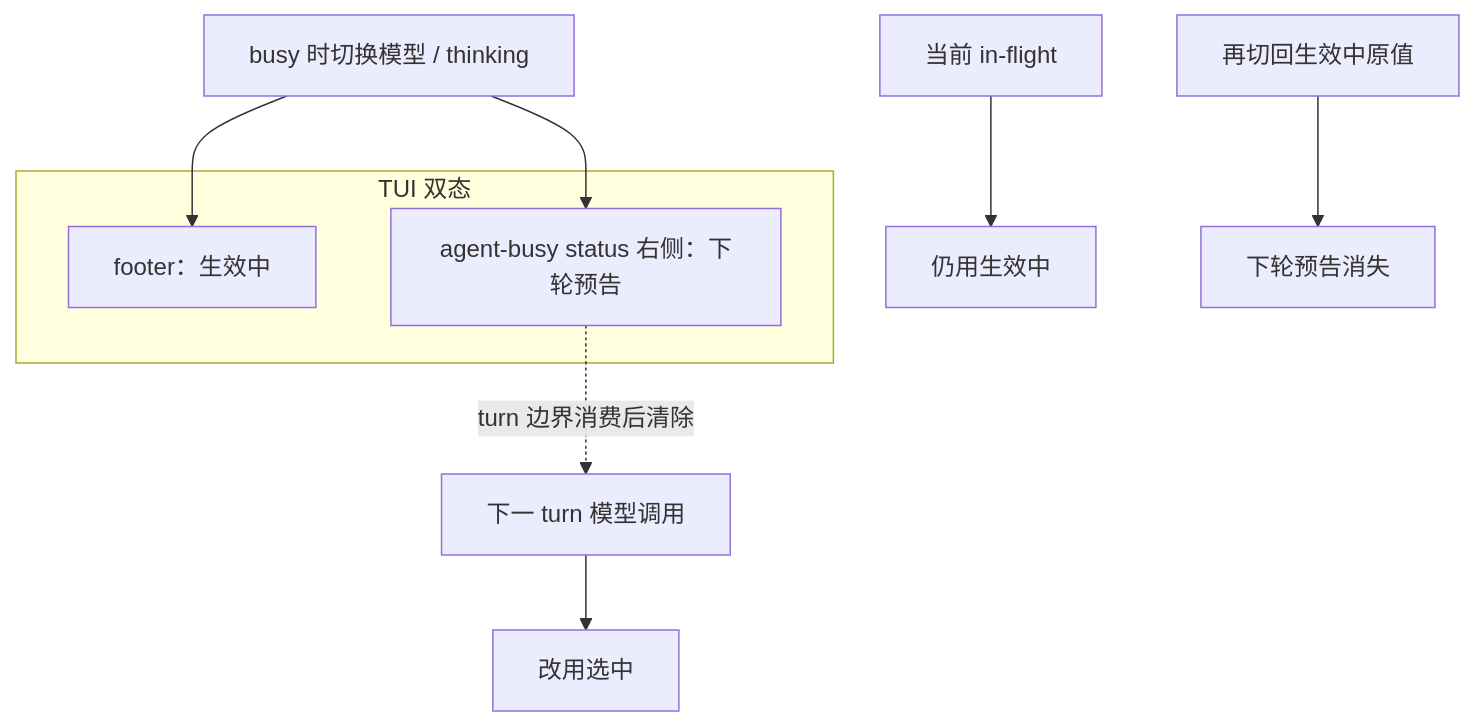
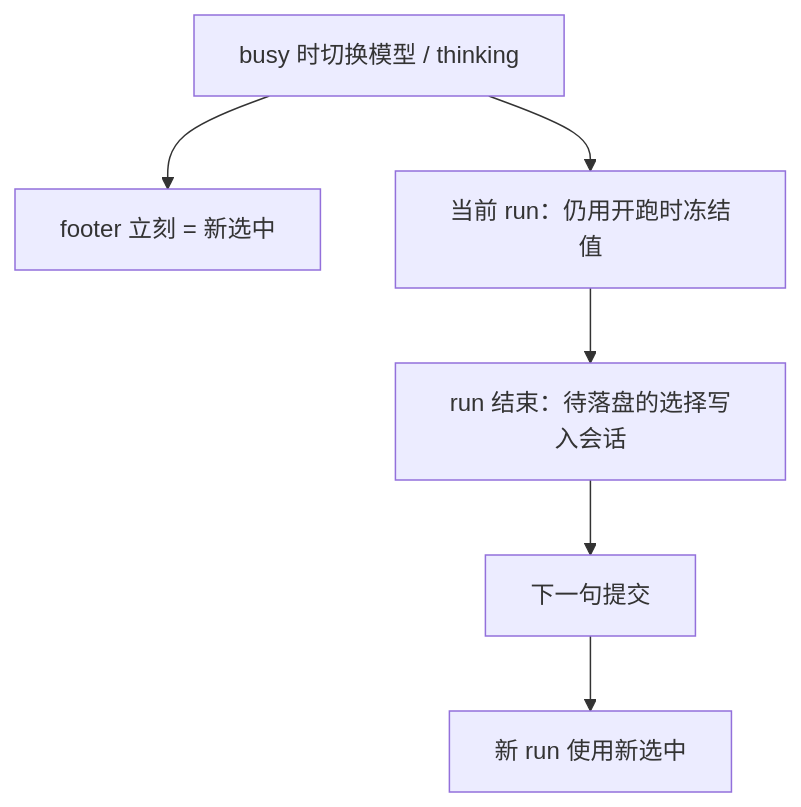
One commit to StrayDragon/xylitol changed the diagram in docs/architecture/运行时即时设置.md. Above: the diagram before and after it, drawn with Mermaid. The commit also changed other lines of this file and 10 other files, not shown here.

````diff
--- a/docs/architecture/运行时即时设置.md
+++ b/docs/architecture/运行时即时设置.md
@@ -35,13 +34,8 @@
 ```mermaid
 flowchart TB
-  subgraph chrome ["TUI 双态"]
-    Active["footer：生效中"]
-    Pending["agent-busy status 右侧：下轮预告"]
-  end
-  Switch["busy 时切换模型 / thinking"] --> Active
-  Switch --> Pending
-  Inflight["当前 in-flight"] --> Old["仍用生效中"]
-  Next["下一 turn 模型调用"] --> New["改用选中"]
-  Pending -.->|turn 边界消费后清除| Next
-  Revert["再切回生效中原值"] --> Clear["下轮预告消失"]
+  Switch["busy 时切换模型 / thinking"] --> Footer["footer 立刻 = 新选中"]
+  Switch --> Curr["当前 run：仍用开跑时冻结值"]
+  Curr --> End["run 结束：待落盘的选择写入会话"]
+  End --> Next["下一句提交"]
+  Next --> NewRun["新 run 使用新选中"]
 ```
````
